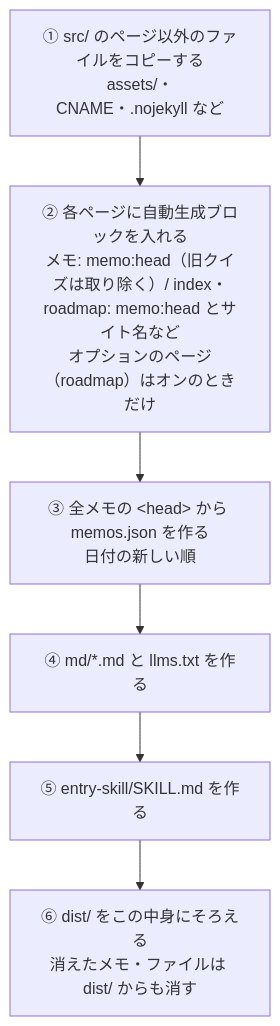
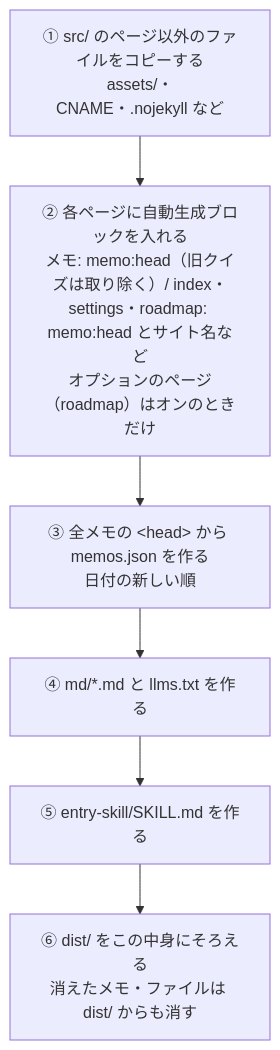
One commit to taka1156/back-of-the-flyer changed the fourth of 9 diagrams in memo-detail.md. Above: the diagram before and after it, drawn with Mermaid. The commit also changed other lines of this file and 15 other files, not shown here.

First line of the commit message:
Add the settings page from memo-kit

````diff
--- a/memo-detail.md
+++ b/memo-detail.md
@@ -205,10 +207,10 @@
 ```mermaid
 flowchart TB
   s1["① src/ のページ以外のファイルをコピーする<br/>assets/・CNAME・.nojekyll など"]
-  s2["② 各ページに自動生成ブロックを入れる<br/>メモ: memo:head（旧クイズは取り除く）/ index・roadmap: memo:head とサイト名など<br/>オプションのページ（roadmap）はオンのときだけ"]
+  s2["② 各ページに自動生成ブロックを入れる<br/>メモ: memo:head（旧クイズは取り除く）/ index・settings・roadmap: memo:head とサイト名など<br/>オプションのページ（roadmap）はオンのときだけ"]
   s3["③ 全メモの &lt;head&gt; から memos.json を作る<br/>日付の新しい順"]
   s4["④ md/*.md と llms.txt を作る"]
   s5["⑤ entry-skill/SKILL.md を作る"]
   s6["⑥ dist/ をこの中身にそろえる<br/>消えたメモ・ファイルは dist/ からも消す"]
   s1 --> s2 --> s3 --> s4 --> s5 --> s6
 ```
````
